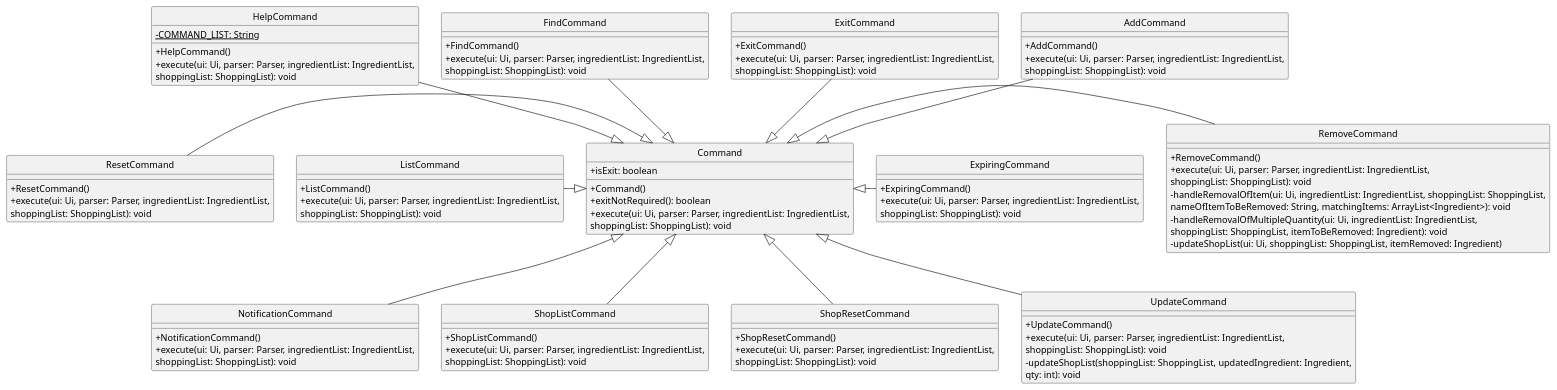
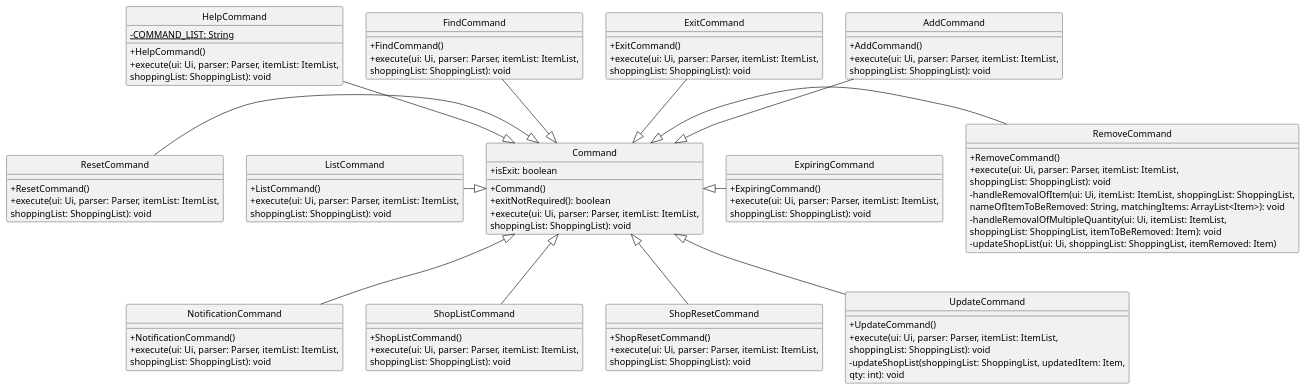
One commit to uosjapuelks/tp changed the diagram in docs/umlDiagrams/Command.puml. Above: the diagram before and after it, drawn with PlantUML. The commit also changed 40 other files, not shown here.

Commit message:
Standardized to use Item instead of Ingredient.

```diff
--- a/docs/umlDiagrams/Command.puml
+++ b/docs/umlDiagrams/Command.puml
@@ -1,121 +1,121 @@
 @startuml
 'https://plantuml.com/class-diagram
 hide circle
 skinparam classAttributeIconSize 0
 
 class Command
 class AddCommand
 class ExitCommand
 class FindCommand
 class HelpCommand
 class ListCommand
 class ResetCommand
 class RemoveCommand
 class ExpiringCommand
 class NotificationCommand
 class ShopListCommand
 class ShopResetCommand
 class UpdateCommand
 
 Command <|-up- AddCommand
 Command <|-up- ExitCommand
 Command <|-up- FindCommand
 Command <|-up- HelpCommand
 Command <|-left- ListCommand
 Command <|-left- ResetCommand
 Command <|-right- RemoveCommand
 Command <|-right- ExpiringCommand
 Command <|-down- NotificationCommand
 Command <|-down- ShopListCommand
 Command <|-down- ShopResetCommand
 Command <|-down- UpdateCommand
 
 class Command {
 +isExit: boolean
 +Command()
 +exitNotRequired(): boolean
-+execute(ui: Ui, parser: Parser, ingredientList: IngredientList,
++execute(ui: Ui, parser: Parser, itemList: ItemList,
 shoppingList: ShoppingList): void
 }
 
 class AddCommand {
 +AddCommand()
-+execute(ui: Ui, parser: Parser, ingredientList: IngredientList,
++execute(ui: Ui, parser: Parser, itemList: ItemList,
  shoppingList: ShoppingList): void
 }
 
 class ExitCommand {
 +ExitCommand()
-+execute(ui: Ui, parser: Parser, ingredientList: IngredientList,
++execute(ui: Ui, parser: Parser, itemList: ItemList,
  shoppingList: ShoppingList): void
 }
 
 class FindCommand {
 +FindCommand()
-+execute(ui: Ui, parser: Parser, ingredientList: IngredientList,
++execute(ui: Ui, parser: Parser, itemList: ItemList,
  shoppingList: ShoppingList): void
 }
 
 class HelpCommand {
 - {static} COMMAND_LIST: String
 +HelpCommand()
-+execute(ui: Ui, parser: Parser, ingredientList: IngredientList,
++execute(ui: Ui, parser: Parser, itemList: ItemList,
  shoppingList: ShoppingList): void
 }
 
 class ListCommand {
 +ListCommand()
-+execute(ui: Ui, parser: Parser, ingredientList: IngredientList,
++execute(ui: Ui, parser: Parser, itemList: ItemList,
 shoppingList: ShoppingList): void
 }
 
 class ResetCommand {
 +ResetCommand()
-+execute(ui: Ui, parser: Parser, ingredientList: IngredientList,
++execute(ui: Ui, parser: Parser, itemList: ItemList,
  shoppingList: ShoppingList): void
 }
 
 class RemoveCommand {
 +RemoveCommand()
-+execute(ui: Ui, parser: Parser, ingredientList: IngredientList,
++execute(ui: Ui, parser: Parser, itemList: ItemList,
  shoppingList: ShoppingList): void
--handleRemovalOfItem(ui: Ui, ingredientList: IngredientList, shoppingList: ShoppingList,
- nameOfItemToBeRemoved: String, matchingItems: ArrayList<Ingredient>): void
--handleRemovalOfMultipleQuantity(ui: Ui, ingredientList: IngredientList,
- shoppingList: ShoppingList, itemToBeRemoved: Ingredient): void
--updateShopList(ui: Ui, shoppingList: ShoppingList, itemRemoved: Ingredient)
+-handleRemovalOfItem(ui: Ui, itemList: ItemList, shoppingList: ShoppingList,
+ nameOfItemToBeRemoved: String, matchingItems: ArrayList<Item>): void
+-handleRemovalOfMultipleQuantity(ui: Ui, itemList: ItemList,
+ shoppingList: ShoppingList, itemToBeRemoved: Item): void
+-updateShopList(ui: Ui, shoppingList: ShoppingList, itemRemoved: Item)
 }
 
 class ExpiringCommand {
 +ExpiringCommand()
-+execute(ui: Ui, parser: Parser, ingredientList: IngredientList,
++execute(ui: Ui, parser: Parser, itemList: ItemList,
  shoppingList: ShoppingList): void
 }
 
 class NotificationCommand {
 +NotificationCommand()
-+execute(ui: Ui, parser: Parser, ingredientList: IngredientList,
++execute(ui: Ui, parser: Parser, itemList: ItemList,
  shoppingList: ShoppingList): void
 }
 
 class ShopListCommand {
 +ShopListCommand()
-+execute(ui: Ui, parser: Parser, ingredientList: IngredientList,
++execute(ui: Ui, parser: Parser, itemList: ItemList,
  shoppingList: ShoppingList): void
 }
 
 class ShopResetCommand {
 +ShopResetCommand()
-+execute(ui: Ui, parser: Parser, ingredientList: IngredientList,
++execute(ui: Ui, parser: Parser, itemList: ItemList,
  shoppingList: ShoppingList): void
 }
 
 class UpdateCommand {
 +UpdateCommand()
-+execute(ui: Ui, parser: Parser, ingredientList: IngredientList,
++execute(ui: Ui, parser: Parser, itemList: ItemList,
  shoppingList: ShoppingList): void
--updateShopList(shoppingList: ShoppingList, updatedIngredient: Ingredient,
+-updateShopList(shoppingList: ShoppingList, updatedItem: Item,
  qty: int): void
 }
 
 @enduml
```
